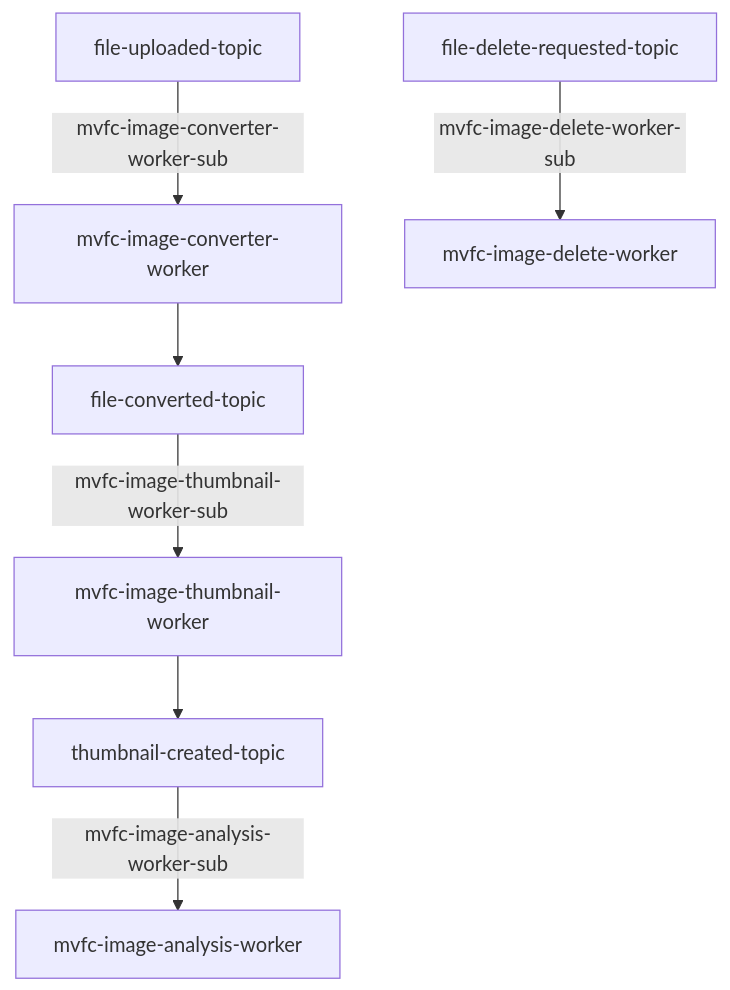
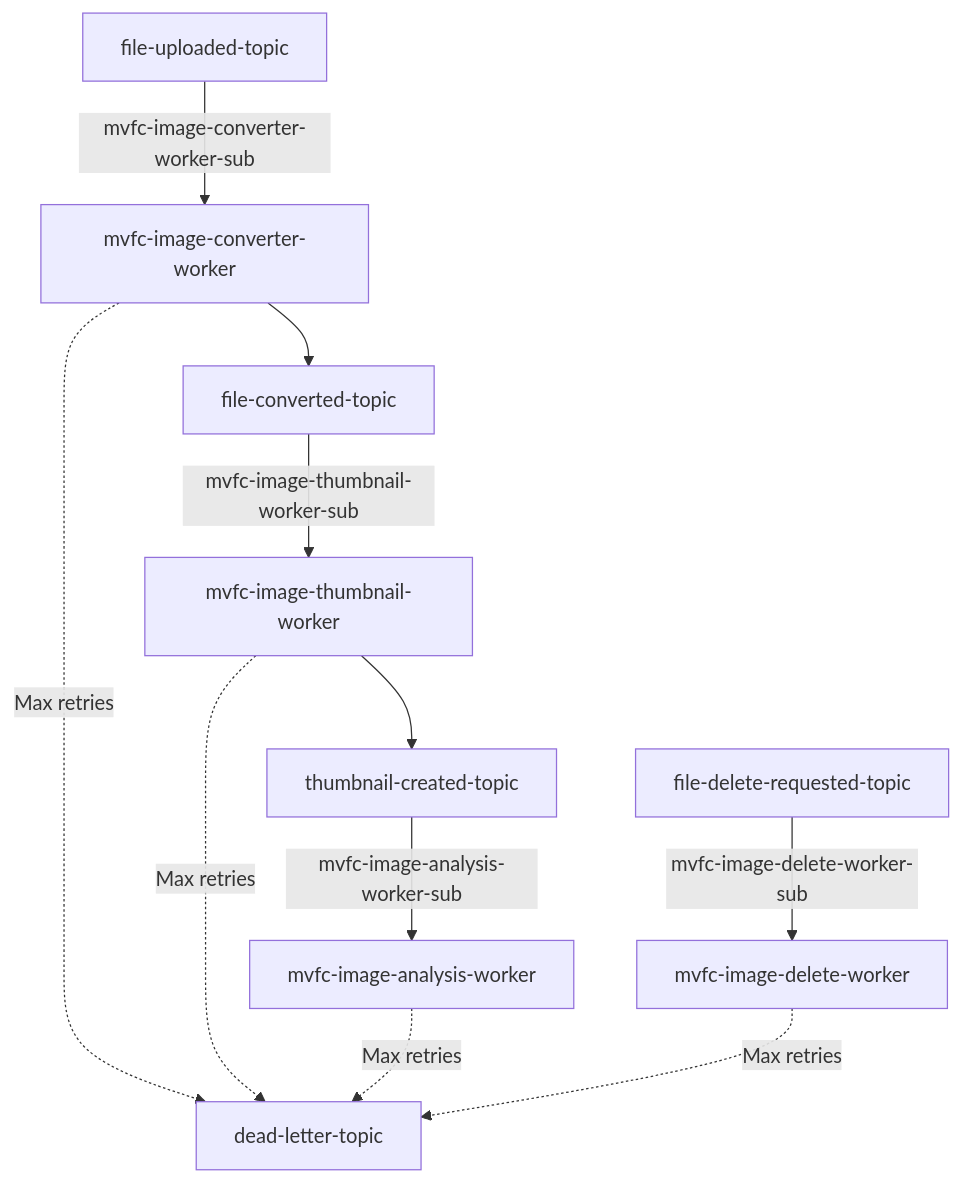
One commit to Marcus-V-Freitas/MVFC.ImageProcessing changed the fifth of 5 diagrams in README.md. Above: the diagram before and after it, drawn with Mermaid. The commit also changed other lines of this file and 77 other files, not shown here.

````diff
--- a/README.md
+++ b/README.md
@@ -234,9 +244,14 @@
 ```mermaid
 graph TD
     T1["file-uploaded-topic"] -->|mvfc-image-converter-worker-sub| CONV["mvfc-image-converter-worker"]
     CONV --> T2["file-converted-topic"]
     T2 -->|mvfc-image-thumbnail-worker-sub| TW["mvfc-image-thumbnail-worker"]
     TW --> T3["thumbnail-created-topic"]
     T3 -->|mvfc-image-analysis-worker-sub| IA["mvfc-image-analysis-worker"]
     T4["file-delete-requested-topic"] -->|mvfc-image-delete-worker-sub| DEL["mvfc-image-delete-worker"]
+
+    CONV -.->|Max retries| DLQ["dead-letter-topic"]
+    TW -.->|Max retries| DLQ
+    IA -.->|Max retries| DLQ
+    DEL -.->|Max retries| DLQ
 ```
````
